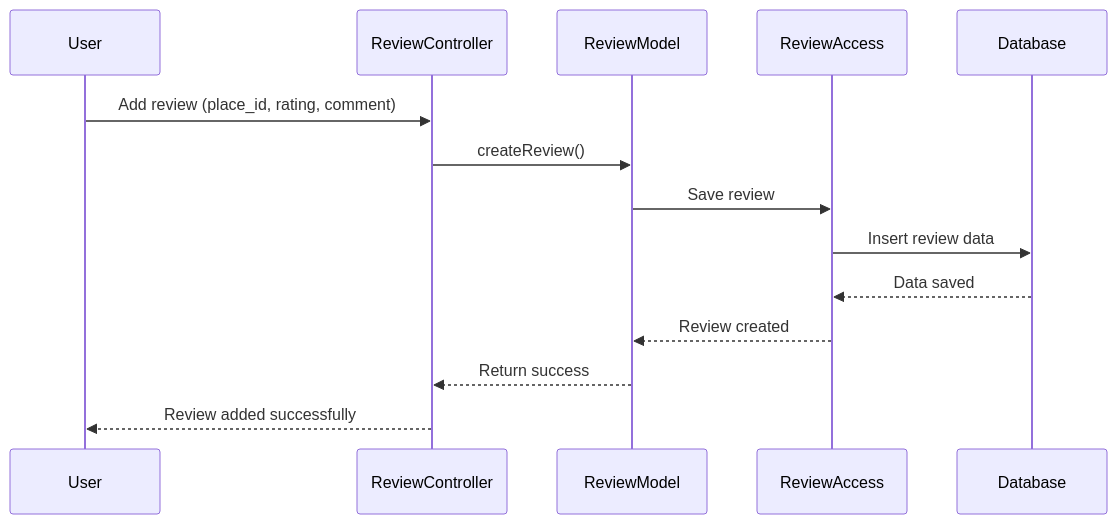
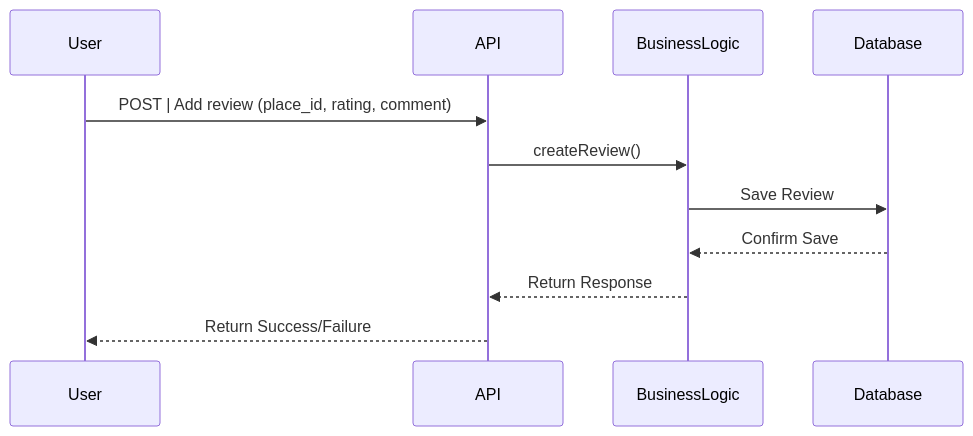
Before and after one commit to melvinredondotanis/holbertonschool-hbnb: the diagram in diagrams/sequence/review.mmd, drawn with Mermaid.

```diff
--- a/diagrams/sequence/review.mmd
+++ b/diagrams/sequence/review.mmd
@@ -1,15 +1,12 @@
 sequenceDiagram
-    participant User
-    participant ReviewController
-    participant ReviewModel
-    participant ReviewAccess
-    participant Database
+participant User
+participant API
+participant BusinessLogic
+participant Database
 
-    User->>ReviewController: Add review (place_id, rating, comment)
-    ReviewController->>ReviewModel: createReview()
-    ReviewModel->>ReviewAccess: Save review
-    ReviewAccess->>Database: Insert review data
-    Database-->>ReviewAccess: Data saved
-    ReviewAccess-->>ReviewModel: Review created
-    ReviewModel-->>ReviewController: Return success
-    ReviewController-->>User: Review added successfully
+User->>API: POST | Add review (place_id, rating, comment)
+API->>BusinessLogic: createReview()
+BusinessLogic->>Database: Save Review
+Database-->>BusinessLogic: Confirm Save
+BusinessLogic-->>API: Return Response
+API-->>User: Return Success/Failure
```
